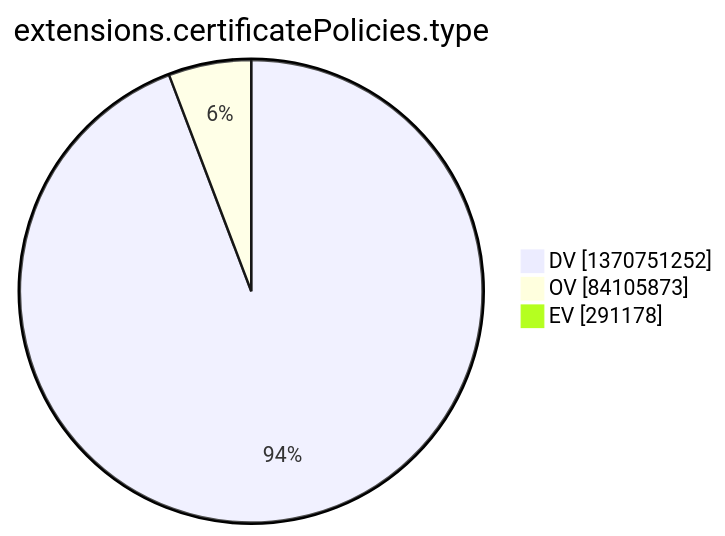
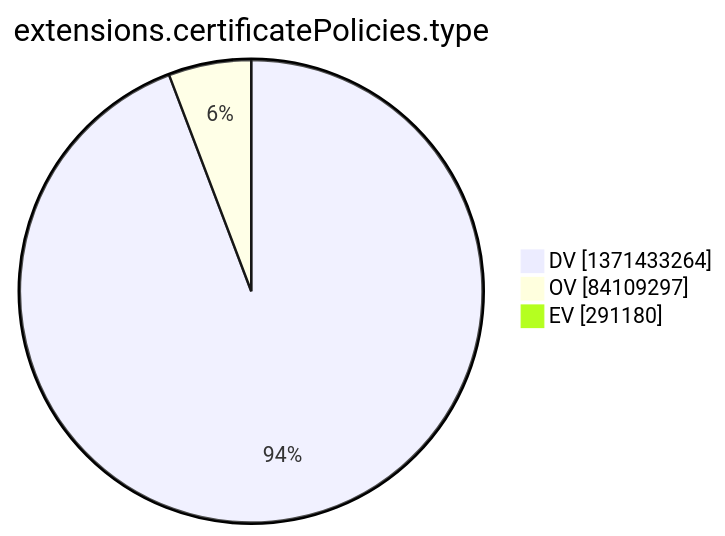
The tenth of 15 diagrams in argon2022/README.md (christiankrug/ctmonitor_visualization), drawn with Mermaid before and after one commit. The commit also changed other lines of this file, not shown here.

````diff
--- a/argon2022/README.md
+++ b/argon2022/README.md
@@ -2773,7 +2773,7 @@
 ```mermaid
 pie showData
 title extensions.certificatePolicies.type
-"DV" :1370751252
-"OV" :84105873
-"EV" :291178
+"DV" :1371433264
+"OV" :84109297
+"EV" :291180
 ```
````
